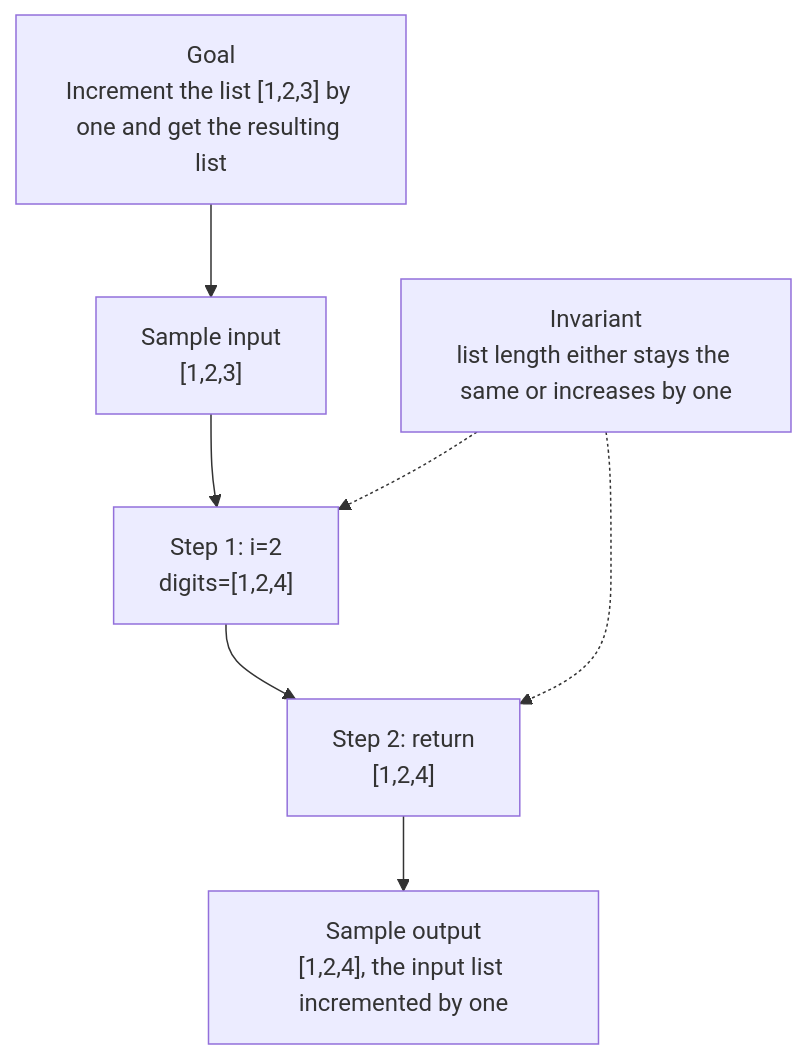
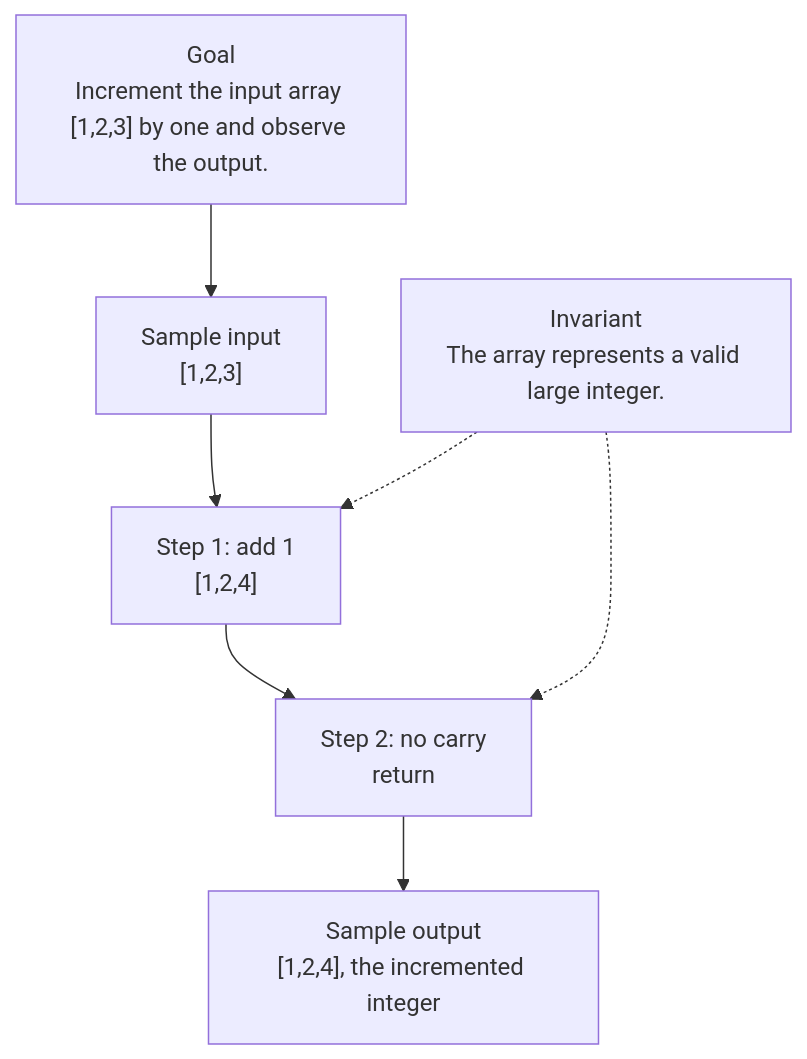
The diagram in 0000-plus-one/README.md (daanniill/leetcode_sols), drawn with Mermaid before and after one commit. The commit also changed other lines of this file and 2 other files, not shown here.

Commit message:
solve: 0. Plus One (Easy)

````diff
--- a/0000-plus-one/README.md
+++ b/0000-plus-one/README.md
@@ -19,12 +19,12 @@
 ```mermaid
 flowchart TD
-  n0["Goal<br/>Increment the list [1,2,3] by one and get the resulting list"]
+  n0["Goal<br/>Increment the input array [1,2,3] by one and observe the output."]
   n1["Sample input<br/>[1,2,3]"]
-  n2["Step 1: i=2<br/>digits=[1,2,4]"]
-  n3["Step 2: return<br/>[1,2,4]"]
-  n4["Sample output<br/>[1,2,4], the input list incremented by one"]
-  inv["Invariant<br/>list length either stays the same or increases by one"]
+  n2["Step 1: add 1<br/>[1,2,4]"]
+  n3["Step 2: no carry<br/>return"]
+  n4["Sample output<br/>[1,2,4], the incremented integer"]
+  inv["Invariant<br/>The array represents a valid large integer."]
   n0 --> n1 --> n2 --> n3 --> n4
   inv -.-> n2
   inv -.-> n3
 ```
````
